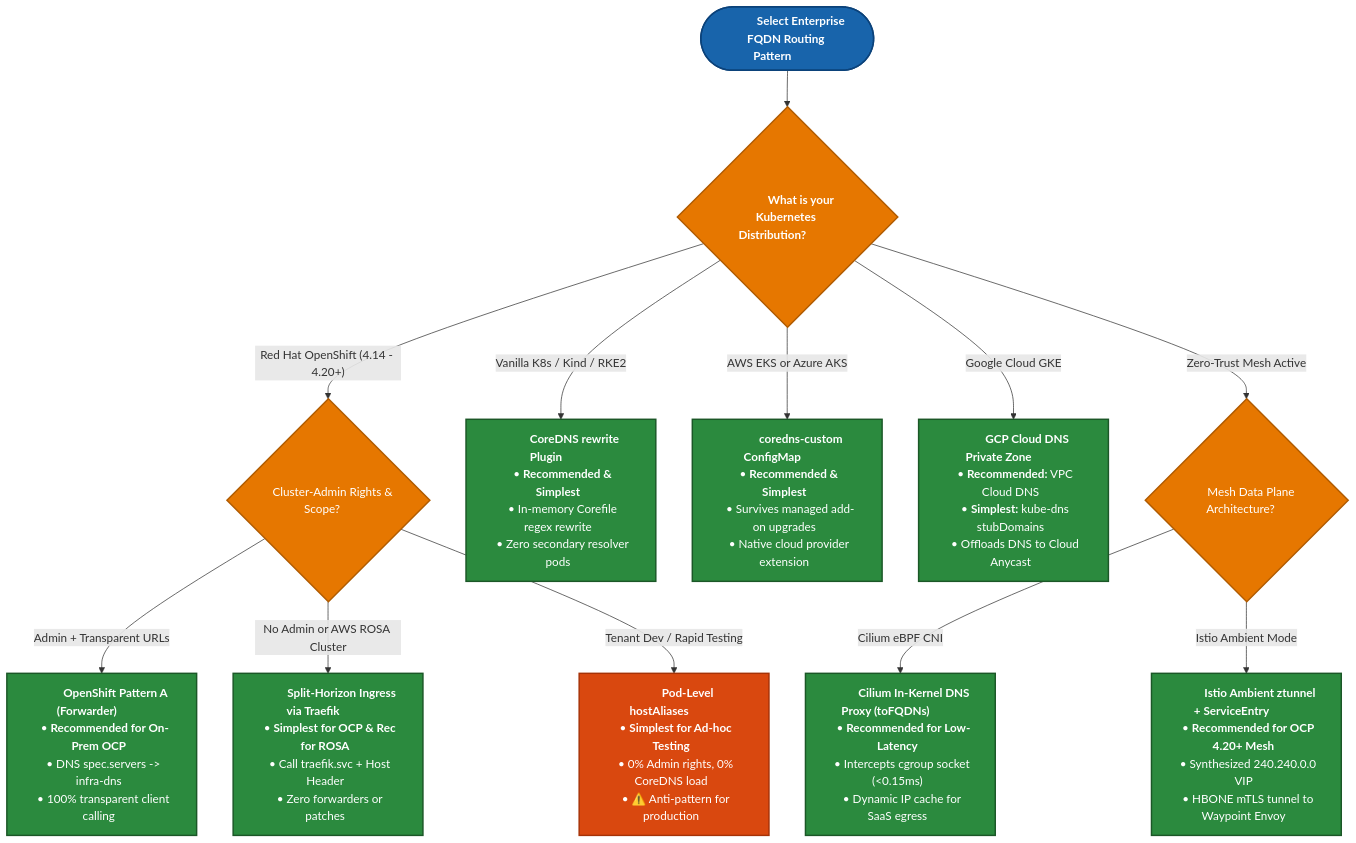
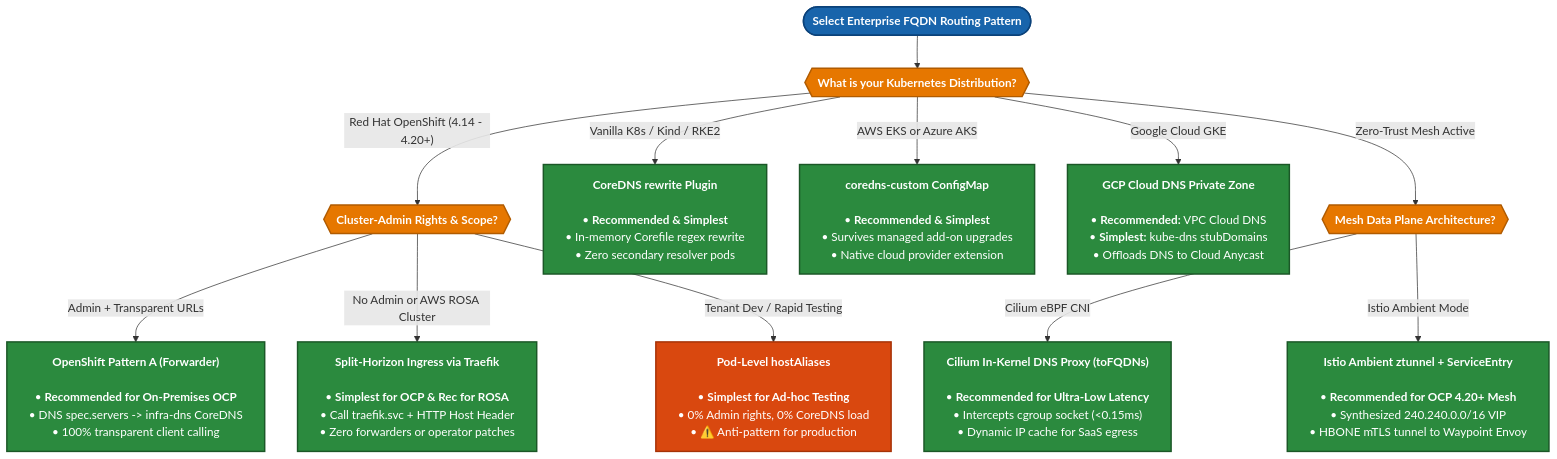
The tenth of 10 diagrams in docs/FQDN_ROUTING.md (nubenetes/cloudnative-ingress-mesh-lab), drawn with Mermaid before and after one commit. The commit also changed other lines of this file, not shown here.

Commit message:
docs: resolve text clipping across all diagrams in FQDN_ROUTING.md

````diff
--- a/docs/FQDN_ROUTING.md
+++ b/docs/FQDN_ROUTING.md
@@ -1208,27 +1215,28 @@
 ```mermaid
+%%{init: {"flowchart": {"wrappingWidth": 460, "nodeSpacing": 45, "rankSpacing": 45}}}%%
 flowchart TD
-    Start(["&nbsp;&nbsp;&nbsp;&nbsp;&nbsp;&nbsp;&nbsp;&nbsp;&nbsp;&nbsp;<b>Select Enterprise FQDN Routing Pattern</b>&nbsp;&nbsp;&nbsp;&nbsp;&nbsp;&nbsp;&nbsp;&nbsp;&nbsp;&nbsp;"]) --> DistroCheck{"&nbsp;&nbsp;&nbsp;&nbsp;&nbsp;&nbsp;&nbsp;&nbsp;&nbsp;&nbsp;<b>What is your Kubernetes Distribution?</b>&nbsp;&nbsp;&nbsp;&nbsp;&nbsp;&nbsp;&nbsp;&nbsp;&nbsp;&nbsp;"}
+    Start(["<b>Select Enterprise FQDN Routing Pattern</b>"]) --> DistroCheck{{"<b>What is your Kubernetes Distribution?</b>"}}
 
-    DistroCheck -->|"Red Hat OpenShift (4.14 - 4.20+)"| OCPCheck{"&nbsp;&nbsp;&nbsp;&nbsp;Cluster-Admin Rights & Scope?&nbsp;&nbsp;&nbsp;&nbsp;"}
-    DistroCheck -->|"Vanilla K8s / Kind / RKE2"| DecVanilla["&nbsp;&nbsp;&nbsp;&nbsp;&nbsp;&nbsp;&nbsp;&nbsp;&nbsp;&nbsp;<b>CoreDNS rewrite Plugin</b>&nbsp;&nbsp;&nbsp;&nbsp;&nbsp;&nbsp;&nbsp;&nbsp;&nbsp;&nbsp;<br/>&nbsp;&nbsp;• <b>Recommended & Simplest</b>&nbsp;&nbsp;<br/>&nbsp;&nbsp;• In-memory Corefile regex rewrite&nbsp;&nbsp;<br/>&nbsp;&nbsp;• Zero secondary resolver pods&nbsp;&nbsp;"]
-    DistroCheck -->|"AWS EKS or Azure AKS"| DecEKSAKS["&nbsp;&nbsp;&nbsp;&nbsp;&nbsp;&nbsp;&nbsp;&nbsp;&nbsp;&nbsp;<b>coredns-custom ConfigMap</b>&nbsp;&nbsp;&nbsp;&nbsp;&nbsp;&nbsp;&nbsp;&nbsp;&nbsp;&nbsp;<br/>&nbsp;&nbsp;• <b>Recommended & Simplest</b>&nbsp;&nbsp;<br/>&nbsp;&nbsp;• Survives managed add-on upgrades&nbsp;&nbsp;<br/>&nbsp;&nbsp;• Native cloud provider extension&nbsp;&nbsp;"]
-    DistroCheck -->|"Google Cloud GKE"| DecGKE["&nbsp;&nbsp;&nbsp;&nbsp;&nbsp;&nbsp;&nbsp;&nbsp;&nbsp;&nbsp;<b>GCP Cloud DNS Private Zone</b>&nbsp;&nbsp;&nbsp;&nbsp;&nbsp;&nbsp;&nbsp;&nbsp;&nbsp;&nbsp;<br/>&nbsp;&nbsp;• <b>Recommended:</b> VPC Cloud DNS&nbsp;&nbsp;<br/>&nbsp;&nbsp;• <b>Simplest:</b> kube-dns stubDomains&nbsp;&nbsp;<br/>&nbsp;&nbsp;• Offloads DNS to Cloud Anycast&nbsp;&nbsp;"]
-    DistroCheck -->|"Zero-Trust Mesh Active"| MeshCheck{"&nbsp;&nbsp;&nbsp;&nbsp;Mesh Data Plane Architecture?&nbsp;&nbsp;&nbsp;&nbsp;"}
+    DistroCheck -->|"Red Hat OpenShift (4.14 - 4.20+)"| OCPCheck{{"<b>Cluster-Admin Rights & Scope?</b>"}}
+    DistroCheck -->|"Vanilla K8s / Kind / RKE2"| DecVanilla["<b>CoreDNS rewrite Plugin</b><br/><br/>• <b>Recommended & Simplest</b><br/>• In-memory Corefile regex rewrite<br/>• Zero secondary resolver pods"]
+    DistroCheck -->|"AWS EKS or Azure AKS"| DecEKSAKS["<b>coredns-custom ConfigMap</b><br/><br/>• <b>Recommended & Simplest</b><br/>• Survives managed add-on upgrades<br/>• Native cloud provider extension"]
+    DistroCheck -->|"Google Cloud GKE"| DecGKE["<b>GCP Cloud DNS Private Zone</b><br/><br/>• <b>Recommended:</b> VPC Cloud DNS<br/>• <b>Simplest:</b> kube-dns stubDomains<br/>• Offloads DNS to Cloud Anycast"]
+    DistroCheck -->|"Zero-Trust Mesh Active"| MeshCheck{{"<b>Mesh Data Plane Architecture?</b>"}}
 
-    OCPCheck -->|"Admin + Transparent URLs"| DecPatternA["&nbsp;&nbsp;&nbsp;&nbsp;&nbsp;&nbsp;&nbsp;&nbsp;&nbsp;&nbsp;<b>OpenShift Pattern A (Forwarder)</b>&nbsp;&nbsp;&nbsp;&nbsp;&nbsp;&nbsp;&nbsp;&nbsp;&nbsp;&nbsp;<br/>&nbsp;&nbsp;• <b>Recommended for On-Prem OCP</b>&nbsp;&nbsp;<br/>&nbsp;&nbsp;• DNS spec.servers -> infra-dns&nbsp;&nbsp;<br/>&nbsp;&nbsp;• 100% transparent client calling&nbsp;&nbsp;"]
-    OCPCheck -->|"No Admin or AWS ROSA Cluster"| DecApproachB["&nbsp;&nbsp;&nbsp;&nbsp;&nbsp;&nbsp;&nbsp;&nbsp;&nbsp;&nbsp;<b>Split-Horizon Ingress via Traefik</b>&nbsp;&nbsp;&nbsp;&nbsp;&nbsp;&nbsp;&nbsp;&nbsp;&nbsp;&nbsp;<br/>&nbsp;&nbsp;• <b>Simplest for OCP & Rec for ROSA</b>&nbsp;&nbsp;<br/>&nbsp;&nbsp;• Call traefik.svc + Host Header&nbsp;&nbsp;<br/>&nbsp;&nbsp;• Zero forwarders or patches&nbsp;&nbsp;"]
-    OCPCheck -->|"Tenant Dev / Rapid Testing"| DecPatternB["&nbsp;&nbsp;&nbsp;&nbsp;&nbsp;&nbsp;&nbsp;&nbsp;&nbsp;&nbsp;<b>Pod-Level hostAliases</b>&nbsp;&nbsp;&nbsp;&nbsp;&nbsp;&nbsp;&nbsp;&nbsp;&nbsp;&nbsp;<br/>&nbsp;&nbsp;• <b>Simplest for Ad-hoc Testing</b>&nbsp;&nbsp;<br/>&nbsp;&nbsp;• 0% Admin rights, 0% CoreDNS load&nbsp;&nbsp;<br/>&nbsp;&nbsp;• ⚠️ Anti-pattern for production&nbsp;&nbsp;"]
+    OCPCheck -->|"Admin + Transparent URLs"| DecPatternA["<b>OpenShift Pattern A (Forwarder)</b><br/><br/>• <b>Recommended for On-Premises OCP</b><br/>• DNS spec.servers -> infra-dns CoreDNS<br/>• 100% transparent client calling"]
+    OCPCheck -->|"No Admin or AWS ROSA Cluster"| DecApproachB["<b>Split-Horizon Ingress via Traefik</b><br/><br/>• <b>Simplest for OCP & Rec for ROSA</b><br/>• Call traefik.svc + HTTP Host Header<br/>• Zero forwarders or operator patches"]
+    OCPCheck -->|"Tenant Dev / Rapid Testing"| DecPatternB["<b>Pod-Level hostAliases</b><br/><br/>• <b>Simplest for Ad-hoc Testing</b><br/>• 0% Admin rights, 0% CoreDNS load<br/>• ⚠️ Anti-pattern for production"]
 
-    MeshCheck -->|"Cilium eBPF CNI"| DecCilium["&nbsp;&nbsp;&nbsp;&nbsp;&nbsp;&nbsp;&nbsp;&nbsp;&nbsp;&nbsp;<b>Cilium In-Kernel DNS Proxy (toFQDNs)</b>&nbsp;&nbsp;&nbsp;&nbsp;&nbsp;&nbsp;&nbsp;&nbsp;&nbsp;&nbsp;<br/>&nbsp;&nbsp;• <b>Recommended for Low-Latency</b>&nbsp;&nbsp;<br/>&nbsp;&nbsp;• Intercepts cgroup socket (<0.15ms)&nbsp;&nbsp;<br/>&nbsp;&nbsp;• Dynamic IP cache for SaaS egress&nbsp;&nbsp;"]
-    MeshCheck -->|"Istio Ambient Mode"| DecAmbient["&nbsp;&nbsp;&nbsp;&nbsp;&nbsp;&nbsp;&nbsp;&nbsp;&nbsp;&nbsp;<b>Istio Ambient ztunnel + ServiceEntry</b>&nbsp;&nbsp;&nbsp;&nbsp;&nbsp;&nbsp;&nbsp;&nbsp;&nbsp;&nbsp;<br/>&nbsp;&nbsp;• <b>Recommended for OCP 4.20+ Mesh</b>&nbsp;&nbsp;<br/>&nbsp;&nbsp;• Synthesized 240.240.0.0 VIP&nbsp;&nbsp;<br/>&nbsp;&nbsp;• HBONE mTLS tunnel to Waypoint Envoy&nbsp;&nbsp;"]
+    MeshCheck -->|"Cilium eBPF CNI"| DecCilium["<b>Cilium In-Kernel DNS Proxy (toFQDNs)</b><br/><br/>• <b>Recommended for Ultra-Low Latency</b><br/>• Intercepts cgroup socket (&lt;0.15ms)<br/>• Dynamic IP cache for SaaS egress"]
+    MeshCheck -->|"Istio Ambient Mode"| DecAmbient["<b>Istio Ambient ztunnel + ServiceEntry</b><br/><br/>• <b>Recommended for OCP 4.20+ Mesh</b><br/>• Synthesized 240.240.0.0/16 VIP<br/>• HBONE mTLS tunnel to Waypoint Envoy"]
 
-    classDef start fill:#1864ab,stroke:#0b427a,stroke-width:2px,color:#fff;
-    classDef check fill:#e67700,stroke:#b05b00,stroke-width:2px,color:#fff;
-    classDef rec fill:#2b8a3e,stroke:#1b5727,stroke-width:2px,color:#fff;
-    classDef warn fill:#d9480f,stroke:#a63207,stroke-width:2px,color:#fff;
+    classDef start fill:#1864ab,stroke:#0b427a,stroke-width:2px,color:#fff,min-width:340px;
+    classDef check fill:#e67700,stroke:#b05b00,stroke-width:2px,color:#fff,min-width:340px;
+    classDef rec fill:#2b8a3e,stroke:#1b5727,stroke-width:2px,color:#fff,min-width:340px;
+    classDef warn fill:#d9480f,stroke:#a63207,stroke-width:2px,color:#fff,min-width:340px;
 
     class Start start;
     class DistroCheck,OCPCheck,MeshCheck check;
     class DecVanilla,DecEKSAKS,DecGKE,DecPatternA,DecApproachB,DecCilium,DecAmbient rec;
     class DecPatternB warn;
 ```
````
